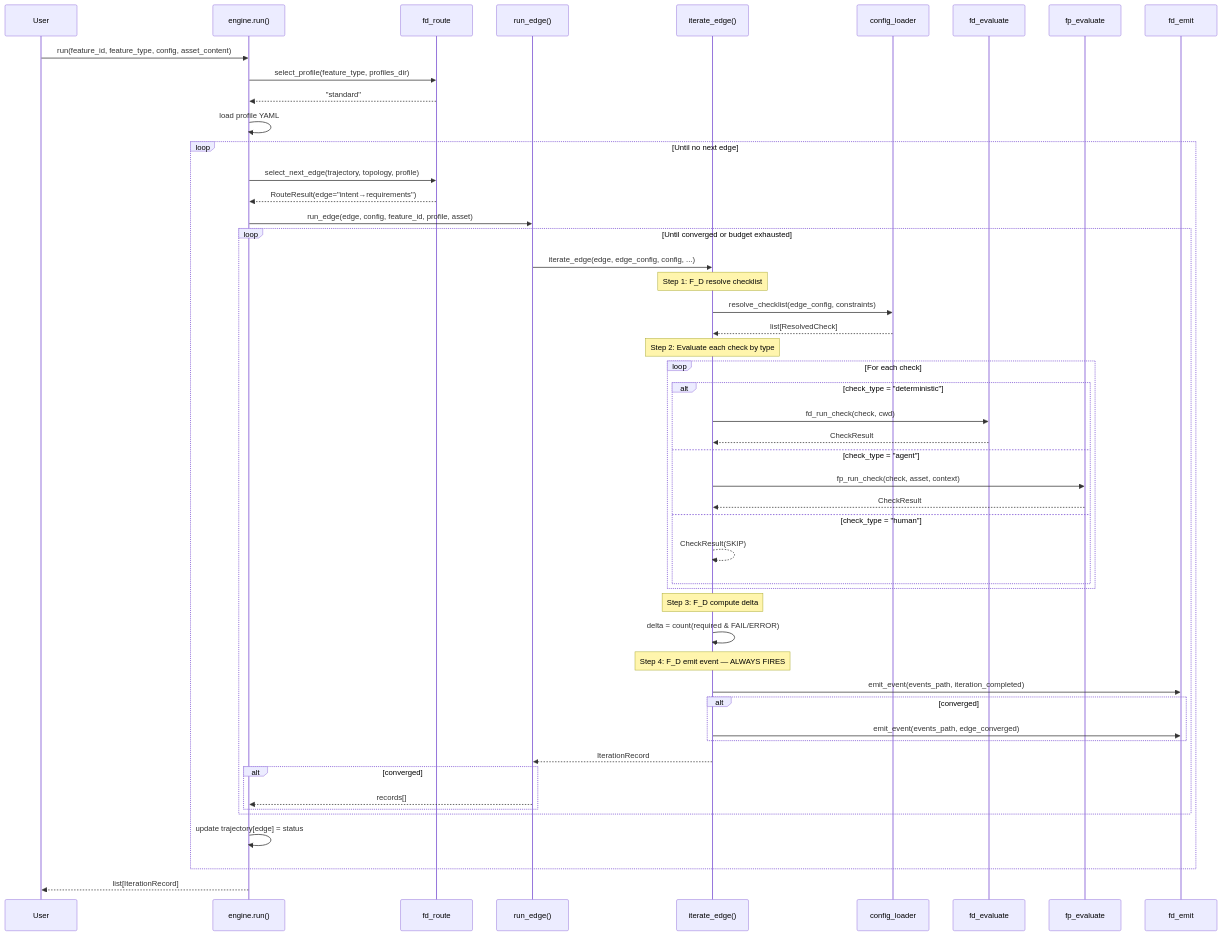
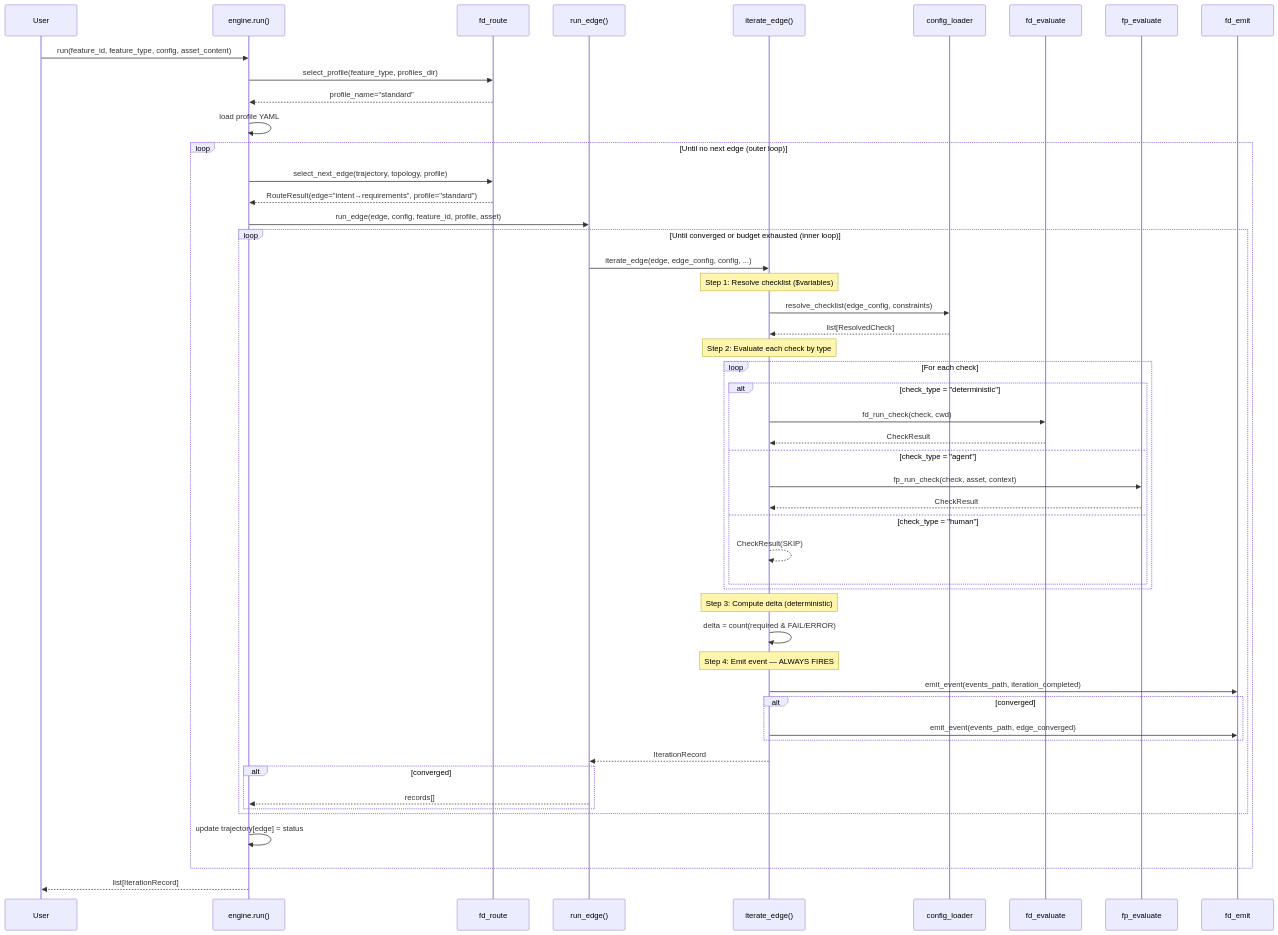
Before and after one commit to foolishimp/ai_sdlc_method: diagram 14 of 19 in imp_claude/design/FUNCTOR_FRAMEWORK_DESIGN.md, drawn with Mermaid. The commit also changed other lines of this file, not shown here.

````diff
--- a/imp_claude/design/FUNCTOR_FRAMEWORK_DESIGN.md
+++ b/imp_claude/design/FUNCTOR_FRAMEWORK_DESIGN.md
@@ -756,64 +891,64 @@
 ```mermaid
 sequenceDiagram
     participant User
     participant ENG as engine.run()
     participant ROUTE as fd_route
     participant EDGE as run_edge()
     participant ITER as iterate_edge()
     participant CL as config_loader
     participant FD as fd_evaluate
     participant FP as fp_evaluate
     participant EMIT as fd_emit
 
     User->>ENG: run(feature_id, feature_type, config, asset_content)
     ENG->>ROUTE: select_profile(feature_type, profiles_dir)
-    ROUTE-->>ENG: "standard"
+    ROUTE-->>ENG: profile_name="standard"
     ENG->>ENG: load profile YAML
 
-    loop Until no next edge
+    loop Until no next edge (outer loop)
         ENG->>ROUTE: select_next_edge(trajectory, topology, profile)
-        ROUTE-->>ENG: RouteResult(edge="intent→requirements")
+        ROUTE-->>ENG: RouteResult(edge="intent→requirements", profile="standard")
 
         ENG->>EDGE: run_edge(edge, config, feature_id, profile, asset)
 
-        loop Until converged or budget exhausted
+        loop Until converged or budget exhausted (inner loop)
             EDGE->>ITER: iterate_edge(edge, edge_config, config, ...)
 
-            Note over ITER: Step 1: F_D resolve checklist
+            Note over ITER: Step 1: Resolve checklist ($variables)
             ITER->>CL: resolve_checklist(edge_config, constraints)
             CL-->>ITER: list[ResolvedCheck]
 
             Note over ITER: Step 2: Evaluate each check by type
             loop For each check
                 alt check_type = "deterministic"
                     ITER->>FD: fd_run_check(check, cwd)
                     FD-->>ITER: CheckResult
                 else check_type = "agent"
                     ITER->>FP: fp_run_check(check, asset, context)
                     FP-->>ITER: CheckResult
                 else check_type = "human"
                     ITER-->>ITER: CheckResult(SKIP)
                 end
             end
 
-            Note over ITER: Step 3: F_D compute delta
+            Note over ITER: Step 3: Compute delta (deterministic)
             ITER->>ITER: delta = count(required & FAIL/ERROR)
 
-            Note over ITER: Step 4: F_D emit event — ALWAYS FIRES
+            Note over ITER: Step 4: Emit event — ALWAYS FIRES
             ITER->>EMIT: emit_event(events_path, iteration_completed)
             alt converged
                 ITER->>EMIT: emit_event(events_path, edge_converged)
             end
 
             ITER-->>EDGE: IterationRecord
 
             alt converged
                 EDGE-->>ENG: records[]
             end
         end
 
         ENG->>ENG: update trajectory[edge] = status
     end
 
     ENG-->>User: list[IterationRecord]
 ```
````
